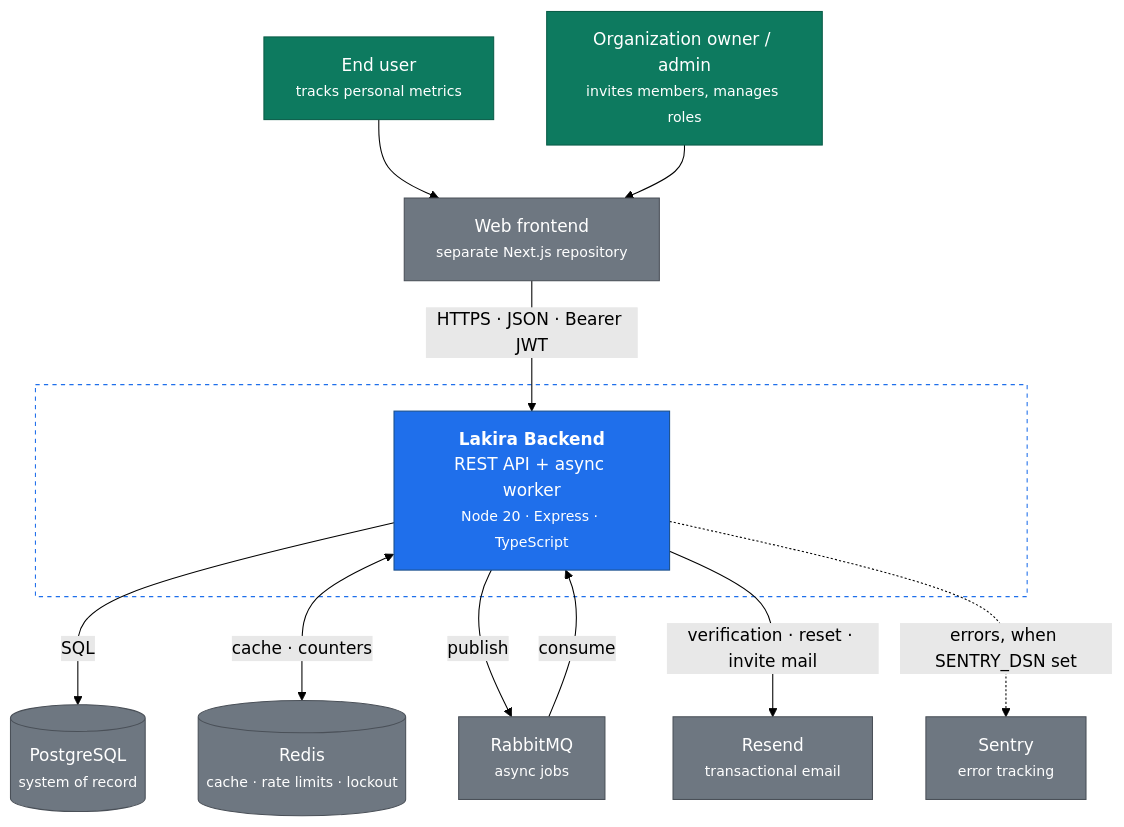
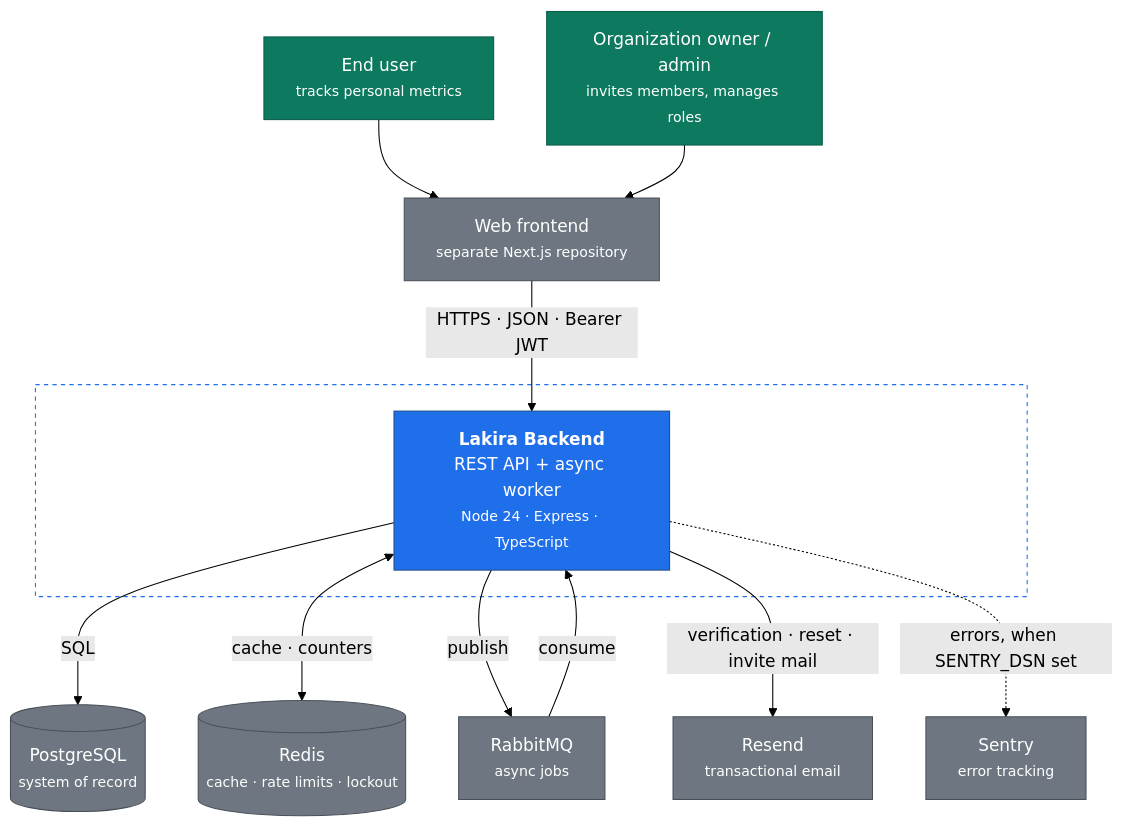
Before and after one commit to dimaszisby/lakira-backend: the diagram in docs/explanation/architecture/c4-context.md, drawn with Mermaid (forest theme). The commit also changed 30 other files, not shown here.

````diff
--- a/docs/explanation/architecture/c4-context.md
+++ b/docs/explanation/architecture/c4-context.md
@@ -5,35 +5,35 @@
 ```mermaid
 graph TB
     user["End user<br/><small>tracks personal metrics</small>"]
     admin["Organization owner / admin<br/><small>invites members, manages roles</small>"]
 
     subgraph boundary [" "]
-        api["<b>Lakira Backend</b><br/>REST API + async worker<br/><small>Node 20 · Express · TypeScript</small>"]
+        api["<b>Lakira Backend</b><br/>REST API + async worker<br/><small>Node 24 · Express · TypeScript</small>"]
     end
 
     web["Web frontend<br/><small>separate Next.js repository</small>"]
     pg[("PostgreSQL<br/><small>system of record</small>")]
     redis[("Redis<br/><small>cache · rate limits · lockout</small>")]
     mq["RabbitMQ<br/><small>async jobs</small>"]
     mail["Resend<br/><small>transactional email</small>"]
     sentry["Sentry<br/><small>error tracking</small>"]
 
     user --> web
     admin --> web
     web -->|"HTTPS · JSON · Bearer JWT"| api
 
     api -->|"SQL"| pg
     api <-->|"cache · counters"| redis
     api -->|"publish"| mq
     mq -->|"consume"| api
     api -->|"verification · reset · invite mail"| mail
     api -.->|"errors, when SENTRY_DSN set"| sentry
 
     classDef sys fill:#1f6feb,stroke:#1a4f8a,color:#fff
     classDef ext fill:#6e7781,stroke:#4a5058,color:#fff
     classDef person fill:#0d7a5f,stroke:#0a5d48,color:#fff
     class api sys
     class web,pg,redis,mq,mail,sentry ext
     class user,admin person
     style boundary fill:none,stroke:#1f6feb,stroke-dasharray:4 4
 ```
````
